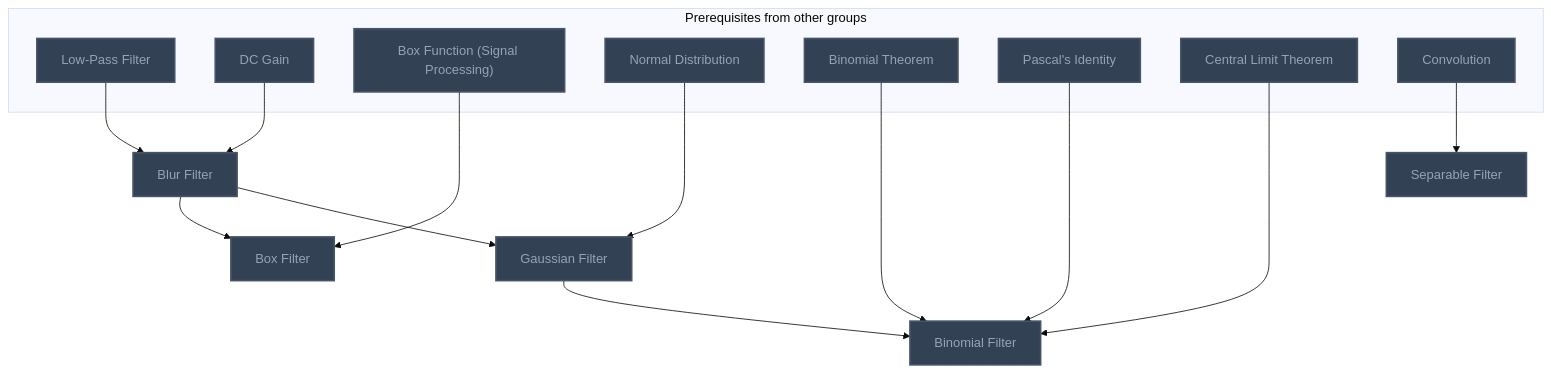
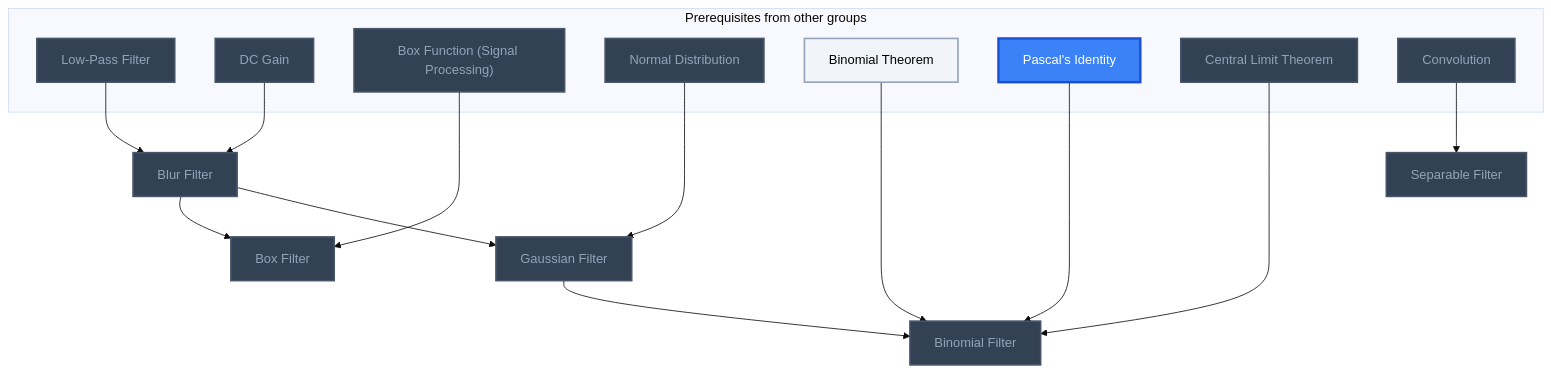
The sixth of 11 diagrams in Gamification/Skill Trees/Computer Vision.md (MRauf1/My-Notes), drawn with Mermaid (base theme) before and after one commit. The commit also changed other lines of this file and 62 other files, not shown here.

````diff
--- a/Gamification/Skill Trees/Computer Vision.md
+++ b/Gamification/Skill Trees/Computer Vision.md
@@ -309,40 +312,42 @@
 ```mermaid
 flowchart TD
     classDef planned fill:#1E293B,stroke:#64748B,stroke-width:2px,stroke-dasharray:5 5,color:#94A3B8;
     classDef locked fill:#334155,stroke:#475569,stroke-width:2px,color:#94A3B8;
     classDef L0 fill:#F1F5F9,stroke:#94A3B8,stroke-width:2px,color:#000000;
     classDef L1 fill:#22C55E,stroke:#15803D,stroke-width:2px,color:#000000;
     classDef L2 fill:#3B82F6,stroke:#1D4ED8,stroke-width:3px,color:#FFFFFF;
     classDef L3 fill:#A855F7,stroke:#6B21A8,stroke-width:3px,color:#FFFFFF,font-weight:bold;
     classDef L4 fill:#F97316,stroke:#C2410C,stroke-width:4px,color:#000000,font-weight:bold;
     classDef L5 fill:#FFD700,stroke:#FF8C00,stroke-width:5px,color:#000000,font-weight:bold;
     classDef rusty stroke:#8B4513,stroke-width:4px,stroke-dasharray:3 3;
     subgraph sg_prereqs["Prerequisites from other groups"]
         n_low_pass_filter["Low-Pass Filter"]
         n_dc_gain["DC Gain"]
         n_box_function_signal_processing["Box Function (Signal Processing)"]
         n_normal_distribution["Normal Distribution"]
         n_binomial_theorem["Binomial Theorem"]
         n_pascal_s_identity["Pascal's Identity"]
         n_central_limit_theorem["Central Limit Theorem"]
         n_convolution["Convolution"]
     end
     n_blur_filter["Blur Filter"]
     n_box_filter["Box Filter"]
     n_gaussian_filter["Gaussian Filter"]
     n_binomial_filter["Binomial Filter"]
     n_separable_filter["Separable Filter"]
     n_low_pass_filter --> n_blur_filter
     n_dc_gain --> n_blur_filter
     n_box_function_signal_processing --> n_box_filter
     n_blur_filter --> n_box_filter
     n_normal_distribution --> n_gaussian_filter
     n_blur_filter --> n_gaussian_filter
     n_binomial_theorem --> n_binomial_filter
     n_pascal_s_identity --> n_binomial_filter
     n_central_limit_theorem --> n_binomial_filter
     n_gaussian_filter --> n_binomial_filter
     n_convolution --> n_separable_filter
-    class n_low_pass_filter,n_dc_gain,n_box_function_signal_processing,n_normal_distribution,n_binomial_theorem,n_pascal_s_identity,n_central_limit_theorem,n_convolution,n_blur_filter,n_box_filter,n_gaussian_filter,n_binomial_filter,n_separable_filter locked;
+    class n_low_pass_filter,n_dc_gain,n_box_function_signal_processing,n_normal_distribution,n_central_limit_theorem,n_convolution,n_blur_filter,n_box_filter,n_gaussian_filter,n_binomial_filter,n_separable_filter locked;
+    class n_binomial_theorem L0;
+    class n_pascal_s_identity L2;
     class n_low_pass_filter,n_dc_gain,n_box_function_signal_processing,n_normal_distribution,n_binomial_theorem,n_pascal_s_identity,n_central_limit_theorem,n_convolution,n_blur_filter,n_box_filter,n_gaussian_filter,n_binomial_filter,n_separable_filter internal-link;
 ```
````
